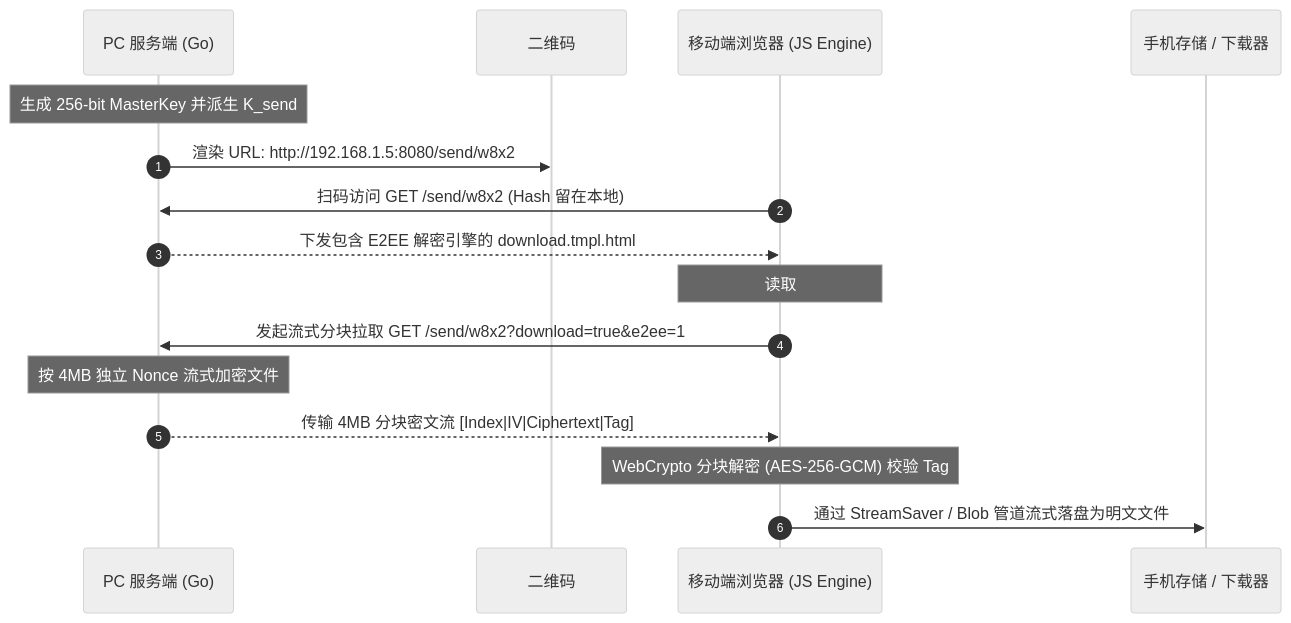
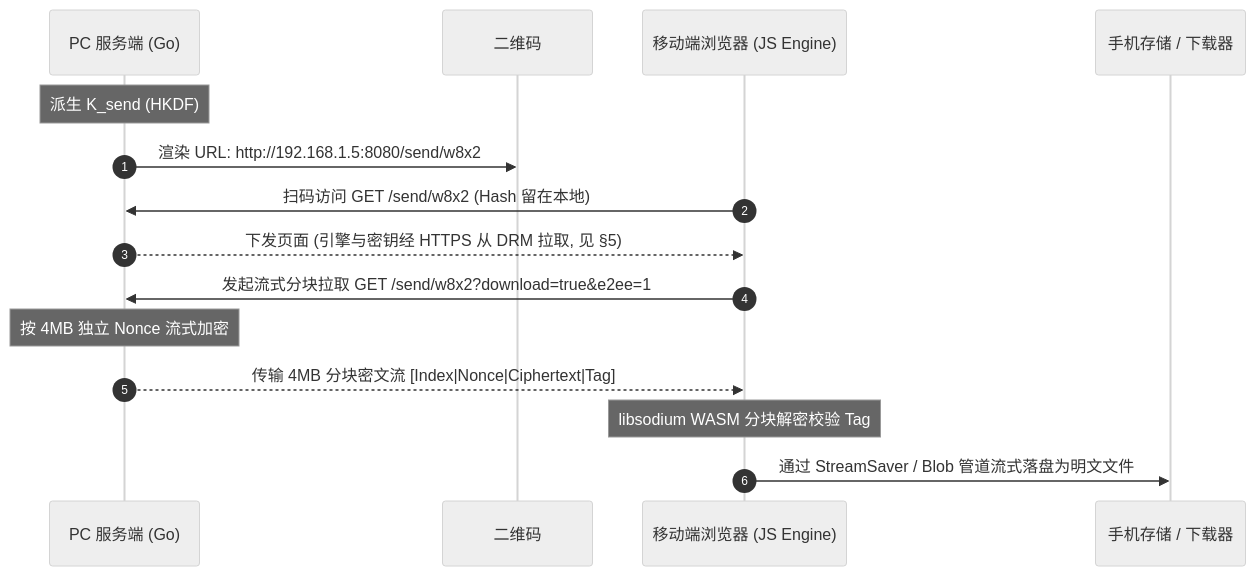
Before and after one commit to forpersuit/eqrcp: the second of 5 diagrams in docs/future/20260901-e2ee-end-to-end-encryption-architecture.md, drawn with Mermaid (neutral theme). The commit also changed other lines of this file and 2 other files, not shown here.

First line of the commit message:
docs(e2ee): rebuild architecture around DRM trust anchor and WASM engine

````diff
--- a/docs/future/20260901-e2ee-end-to-end-encryption-architecture.md
+++ b/docs/future/20260901-e2ee-end-to-end-encryption-architecture.md
@@ -114,20 +205,18 @@
 ```mermaid
 sequenceDiagram
     autonumber
     participant PC as PC 服务端 (Go)
     participant QR as 二维码
     participant Browser as 移动端浏览器 (JS Engine)
     participant FS as 手机存储 / 下载器
 
-    Note over PC: 生成 256-bit MasterKey 并派生 K_send
-    PC->>QR: 渲染 URL: http://192.168.1.5:8080/send/w8x2#k=BASE64_KEY
+    Note over PC: 派生 K_send (HKDF)
+    PC->>QR: 渲染 URL: http://192.168.1.5:8080/send/w8x2#sid=...
     Browser->>PC: 扫码访问 GET /send/w8x2 (Hash 留在本地)
-    PC-->>Browser: 下发包含 E2EE 解密引擎的 download.tmpl.html
-    Note over Browser: 读取 #k= 派生 K_send，并执行 replaceState 清空 URL
-    
+    PC-->>Browser: 下发页面 (引擎与密钥经 HTTPS 从 DRM 拉取, 见 §5)
     Browser->>PC: 发起流式分块拉取 GET /send/w8x2?download=true&e2ee=1
-    Note over PC: 按 4MB 独立 Nonce 流式加密文件
-    PC-->>Browser: 传输 4MB 分块密文流 [Index|IV|Ciphertext|Tag]
-    Note over Browser: WebCrypto 分块解密 (AES-256-GCM) 校验 Tag
+    Note over PC: 按 4MB 独立 Nonce 流式加密
+    PC-->>Browser: 传输 4MB 分块密文流 [Index|Nonce|Ciphertext|Tag]
+    Note over Browser: libsodium WASM 分块解密校验 Tag
     Browser->>FS: 通过 StreamSaver / Blob 管道流式落盘为明文文件
 ```
````
